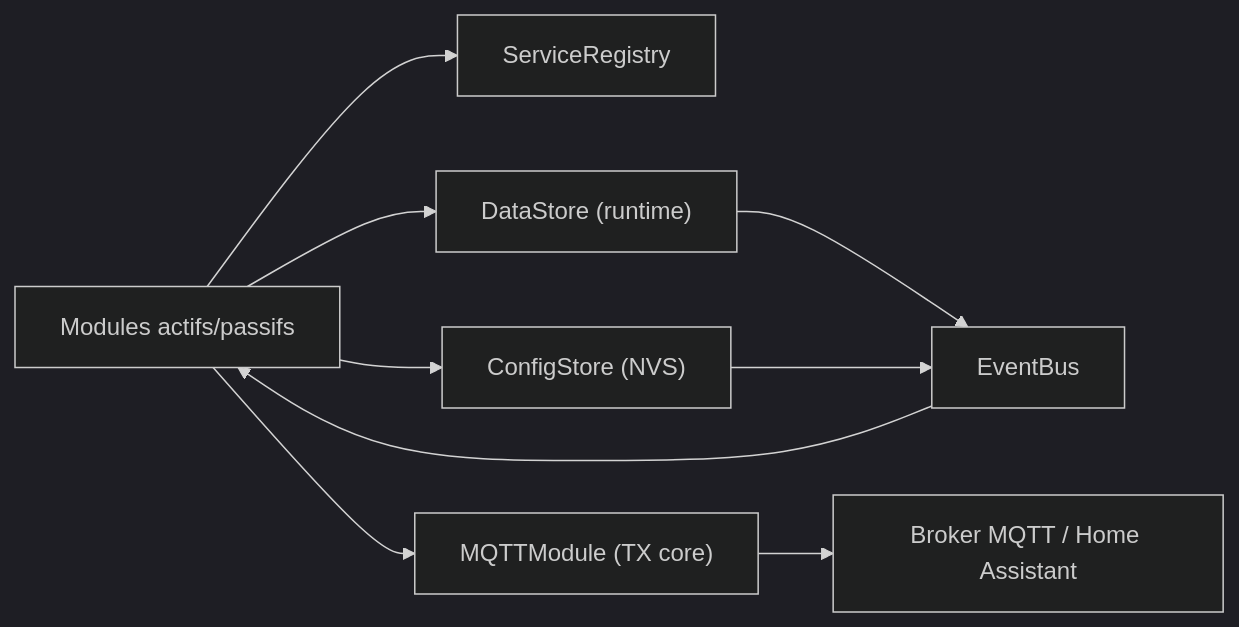
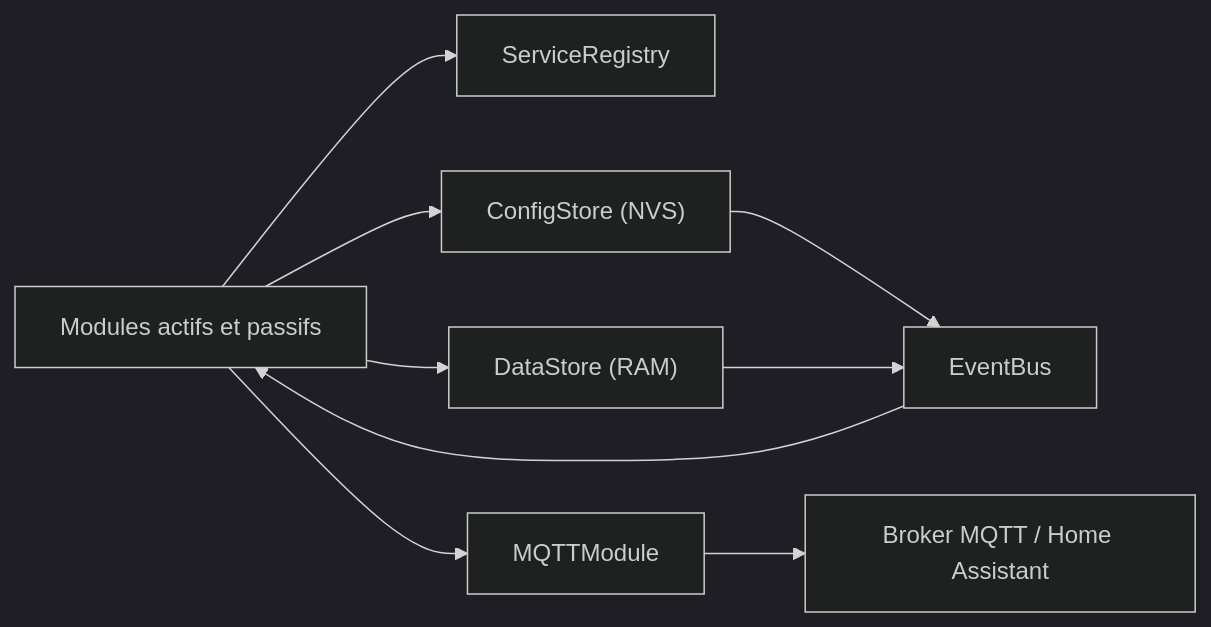
Before and after one commit to austyl/Flow.io: the diagram in docs/core/architecture.md, drawn with Mermaid (dark theme). The commit also changed other lines of this file and 15 other files, not shown here.

````diff
--- a/docs/core/architecture.md
+++ b/docs/core/architecture.md
@@ -37,11 +49,11 @@
 ```mermaid
 flowchart LR
-  A["Modules actifs/passifs"] --> B["ServiceRegistry"]
+  A["Modules actifs et passifs"] --> B["ServiceRegistry"]
   A --> C["ConfigStore (NVS)"]
-  A --> D["DataStore (runtime)"]
-  D --> E["EventBus"]
-  C --> E
+  A --> D["DataStore (RAM)"]
+  C --> E["EventBus"]
+  D --> E
   E --> A
-  A --> F["MQTTModule (TX core)"]
+  A --> F["MQTTModule"]
   F --> G["Broker MQTT / Home Assistant"]
 ```
````
